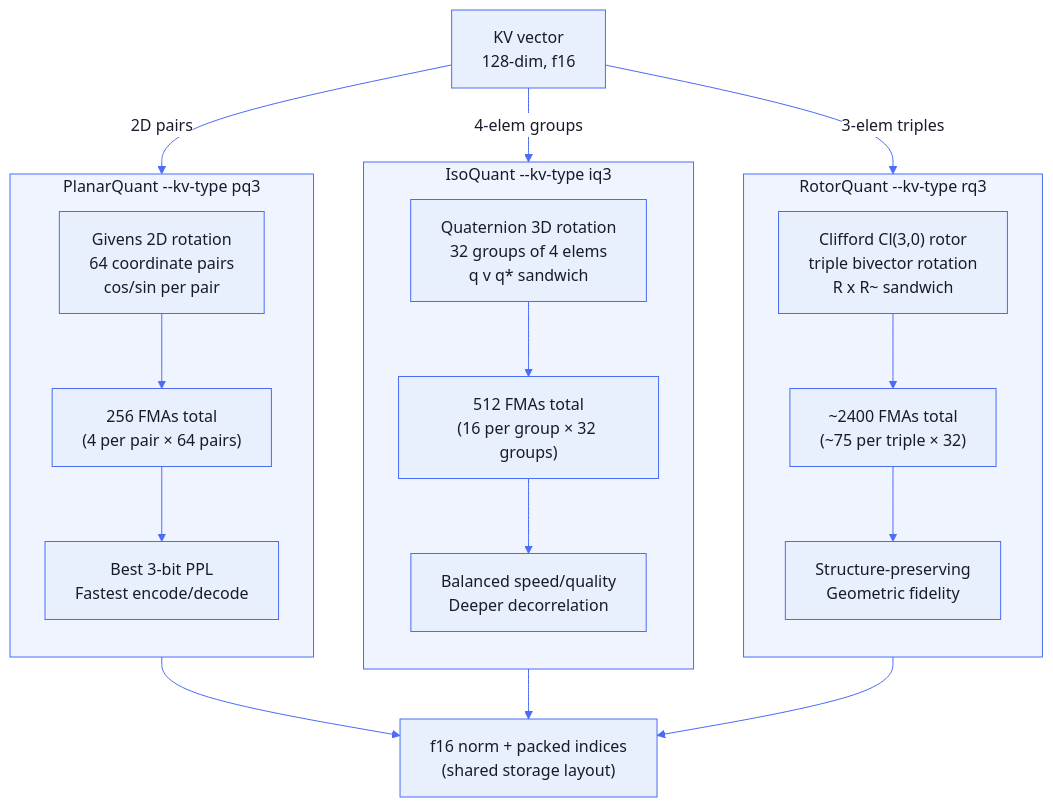
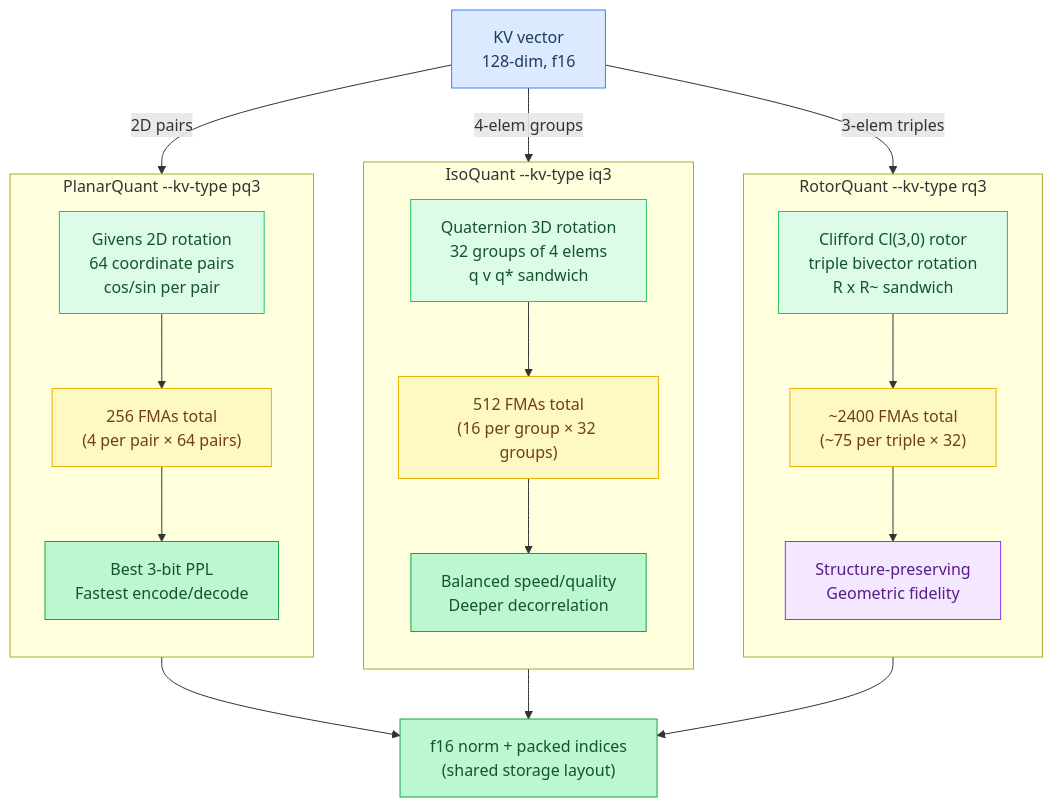
One commit to maci0/agave changed the sixth of 8 diagrams in docs/tutorial/04-quantization.md. Above: the diagram before and after it, drawn with Mermaid. The commit also changed other lines of this file and 24 other files, not shown here.

First line of the commit message:
docs: convert all mermaid diagrams to classDef semantic colors

````diff
--- a/docs/tutorial/04-quantization.md
+++ b/docs/tutorial/04-quantization.md
@@ -766,50 +748,44 @@
 ```mermaid
-%%{init: {'theme': 'base', 'themeVariables': {
-  'primaryColor': '#e8f0fe',
-  'primaryTextColor': '#1a1a2e',
-  'primaryBorderColor': '#4a6cf7',
-  'lineColor': '#4a6cf7',
-  'secondaryColor': '#f0f4ff',
-  'tertiaryColor': '#f8f9ff',
-  'edgeLabelBackground': '#ffffff',
-  'clusterBkg': '#f0f4ff',
-  'clusterBorder': '#4a6cf7',
-  'titleColor': '#1a1a2e',
-  'nodeTextColor': '#1a1a2e',
-  'fontFamily': 'ui-monospace, SFMono-Regular, monospace'
-}}}%%
 flowchart TD
-    IN["KV vector\n128-dim, f16"]
+    classDef setup     fill:#dbeafe,stroke:#3b82f6,color:#1e3a5f
+    classDef sync      fill:#dcfce7,stroke:#22c55e,color:#14532d
+    classDef migration fill:#fef9c3,stroke:#eab308,color:#713f12
+    classDef success   fill:#bbf7d0,stroke:#16a34a,color:#14532d
+    classDef danger    fill:#fee2e2,stroke:#ef4444,color:#7f1d1d
+    classDef optional  fill:#f3e8ff,stroke:#9333ea,color:#581c87
+
+    IN["KV vector\n128-dim, f16"]:::setup
+    OUT["f16 norm + packed indices\n(shared storage layout)"]:::success
 
     subgraph PQ["PlanarQuant  --kv-type pq3"]
         direction TB
-        PG["Givens 2D rotation\n64 coordinate pairs\ncos/sin per pair"]
-        PF["256 FMAs total\n(4 per pair × 64 pairs)"]
-        PP["Best 3-bit PPL\nFastest encode/decode"]
+        PG["Givens 2D rotation\n64 coordinate pairs\ncos/sin per pair"]:::sync
+        PF["256 FMAs total\n(4 per pair × 64 pairs)"]:::migration
+        PP["Best 3-bit PPL\nFastest encode/decode"]:::success
         PG --> PF --> PP
     end
 
     subgraph IQ["IsoQuant  --kv-type iq3"]
         direction TB
-        IG["Quaternion 3D rotation\n32 groups of 4 elems\nq v q* sandwich"]
-        IF["512 FMAs total\n(16 per group × 32 groups)"]
-        IP["Balanced speed/quality\nDeeper decorrelation"]
+        IG["Quaternion 3D rotation\n32 groups of 4 elems\nq v q* sandwich"]:::sync
+        IF["512 FMAs total\n(16 per group × 32 groups)"]:::migration
+        IP["Balanced speed/quality\nDeeper decorrelation"]:::success
         IG --> IF --> IP
     end
 
     subgraph RQ["RotorQuant  --kv-type rq3"]
         direction TB
-        RG["Clifford Cl(3,0) rotor\ntriple bivector rotation\nR x R~ sandwich"]
-        RF["~2400 FMAs total\n(~75 per triple × 32)"]
-        RP["Structure-preserving\nGeometric fidelity"]
+        RG["Clifford Cl(3,0) rotor\ntriple bivector rotation\nR x R~ sandwich"]:::sync
+        RF["~2400 FMAs total\n(~75 per triple × 32)"]:::migration
+        RP["Structure-preserving\nGeometric fidelity"]:::optional
         RG --> RF --> RP
     end
 
     IN -->|"2D pairs"| PQ
     IN -->|"4-elem groups"| IQ
     IN -->|"3-elem triples"| RQ
 
-    PQ --> OUT["f16 norm + packed indices\n(shared storage layout)"]
+    PQ --> OUT
     IQ --> OUT
     RQ --> OUT
 ```
````
